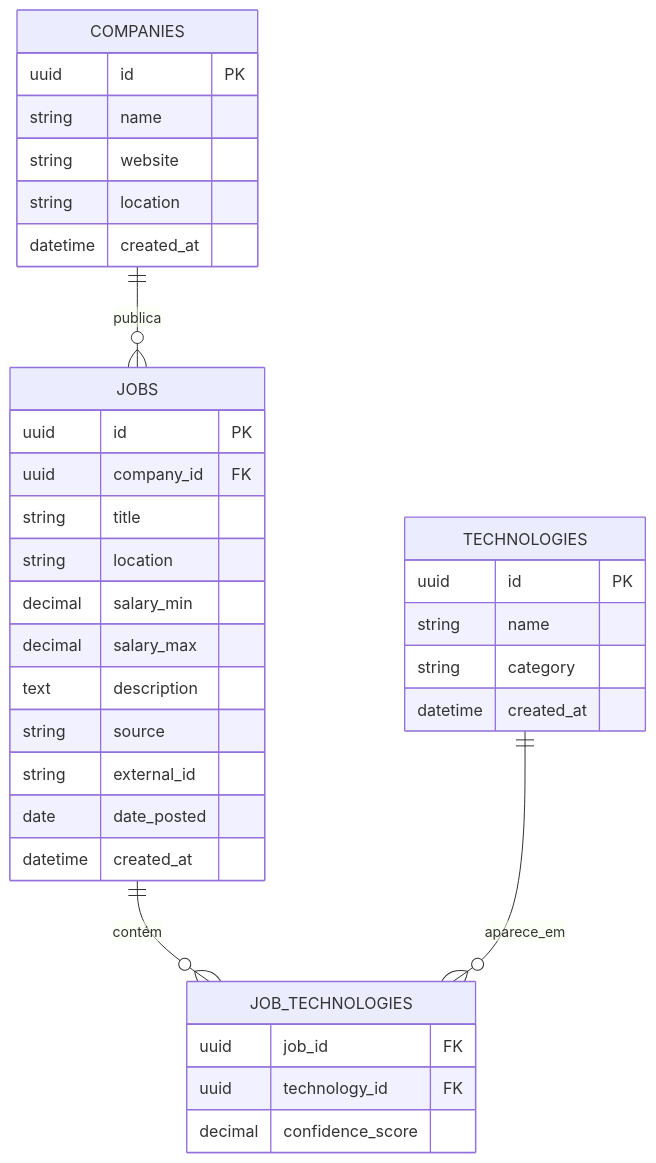
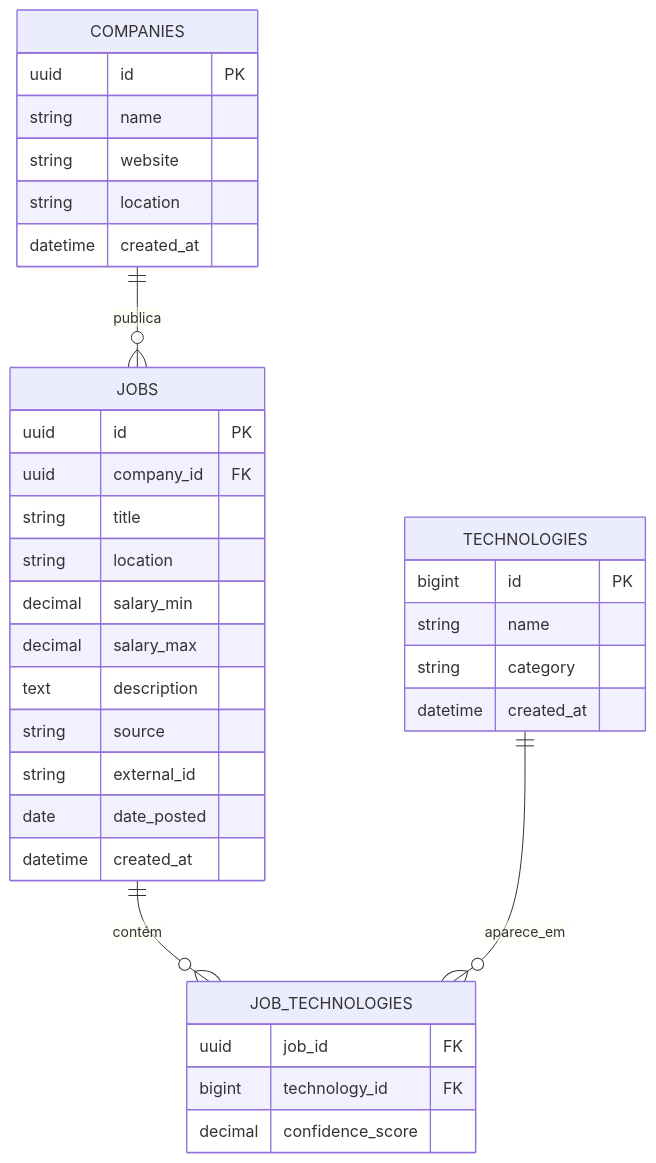
The second of 2 diagrams in README.md (franciscocosta4/TechScope), drawn with Mermaid before and after one commit. The commit also changed other lines of this file and 4 other files, not shown here.

````diff
--- a/README.md
+++ b/README.md
@@ -119,48 +73,48 @@
 ```mermaid
 erDiagram
 
     COMPANIES ||--o{ JOBS : publica
 
     JOBS ||--o{ JOB_TECHNOLOGIES : contém
 
     TECHNOLOGIES ||--o{ JOB_TECHNOLOGIES : aparece_em
 
 
     COMPANIES {
         uuid id PK
         string name
         string website
         string location
         datetime created_at
     }
 
 
     JOBS {
         uuid id PK
         uuid company_id FK
         string title
         string location
         decimal salary_min
         decimal salary_max
         text description
         string source
         string external_id
         date date_posted
         datetime created_at
     }
 
 
     TECHNOLOGIES {
-        uuid id PK
+        bigint id PK
         string name
         string category
         datetime created_at
     }
 
 
     JOB_TECHNOLOGIES {
         uuid job_id FK
-        uuid technology_id FK
+        bigint technology_id FK
         decimal confidence_score
     }
 ```
````
